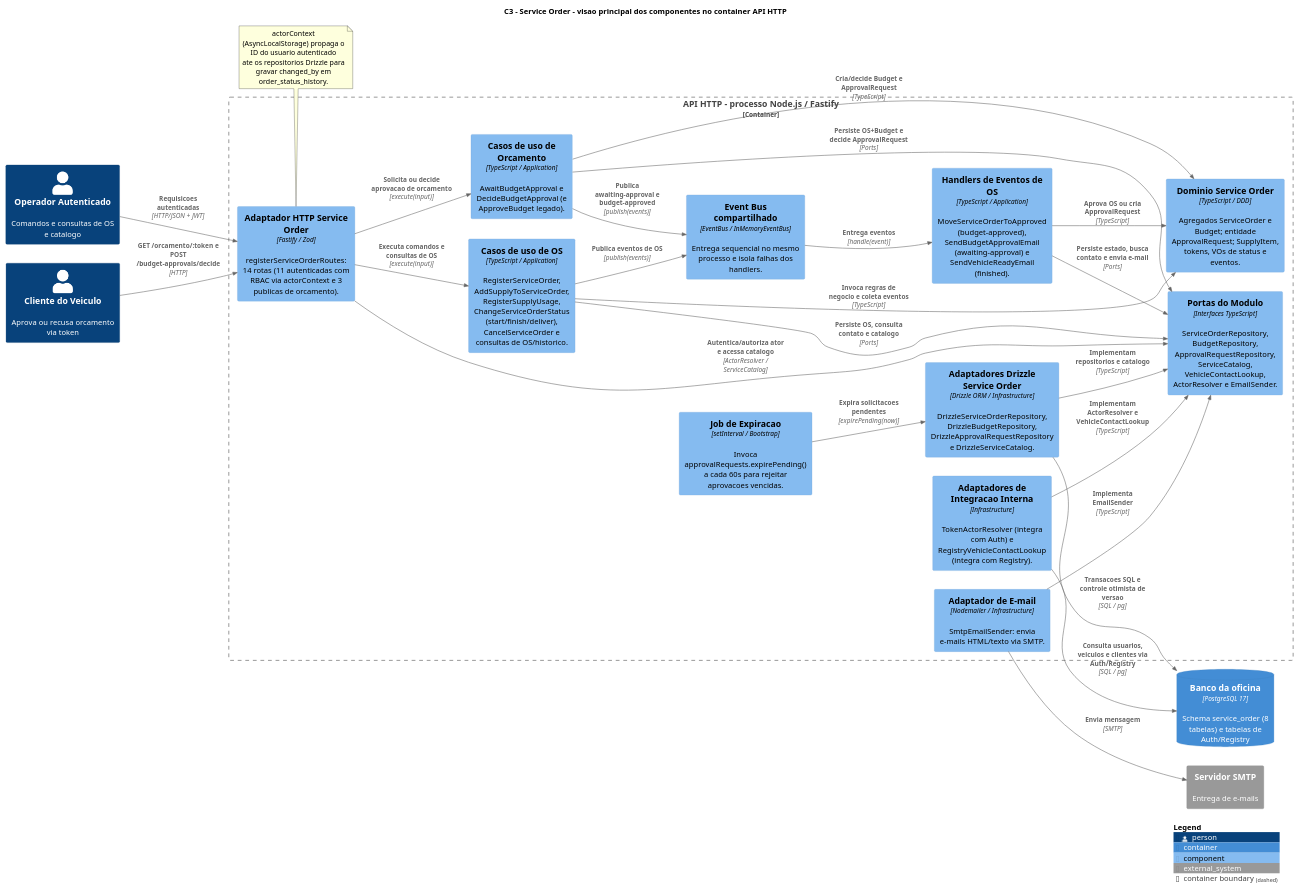
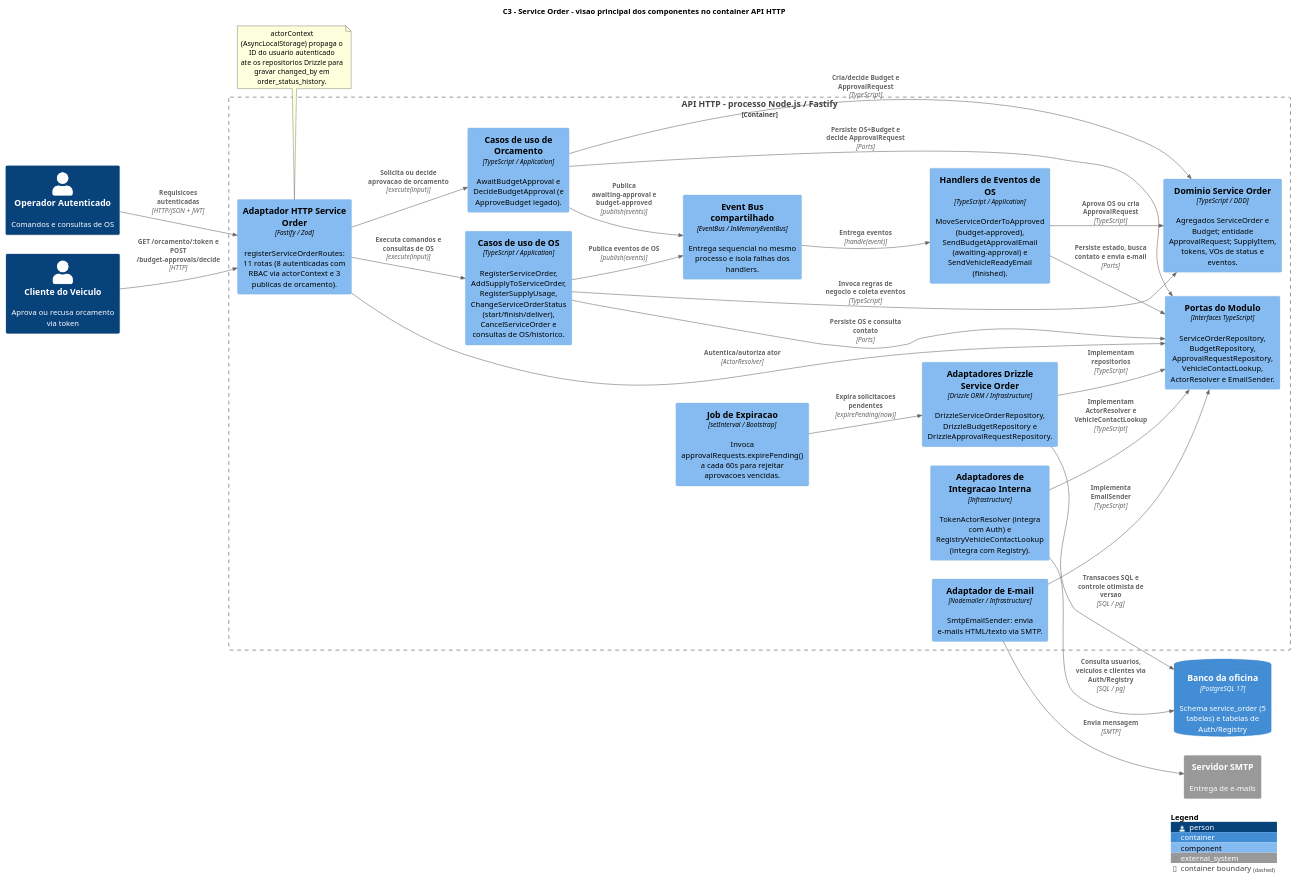
Before and after one commit to 15soat-fiap-45/api.mecanica: the diagram in docs/plantuml/c4-service-order-components.puml, drawn with PlantUML. The commit also changed 26 other files, not shown here.

Commit message:
feat(service-order): remove service catalog and use manual order value and supplies

```diff
--- a/docs/plantuml/c4-service-order-components.puml
+++ b/docs/plantuml/c4-service-order-components.puml
@@ -1,53 +1,53 @@
 @startuml service_order_c3_components
 !include https://raw.githubusercontent.com/plantuml-stdlib/C4-PlantUML/master/C4_Component.puml
 title C3 - Service Order - visao principal dos componentes no container API HTTP
 LAYOUT_LEFT_RIGHT()
 
-Person(operator, "Operador Autenticado", "Comandos e consultas de OS e catalogo")
+Person(operator, "Operador Autenticado", "Comandos e consultas de OS")
 Person(customer, "Cliente do Veiculo", "Aprova ou recusa orcamento via token")
 
 Container_Boundary(api, "API HTTP - processo Node.js / Fastify") {
-  Component(http, "Adaptador HTTP Service Order", "Fastify / Zod", "registerServiceOrderRoutes: 14 rotas (11 autenticadas com RBAC via actorContext e 3 publicas de orcamento).")
+  Component(http, "Adaptador HTTP Service Order", "Fastify / Zod", "registerServiceOrderRoutes: 11 rotas (8 autenticadas com RBAC via actorContext e 3 publicas de orcamento).")
   Component(orders, "Casos de uso de OS", "TypeScript / Application", "RegisterServiceOrder, AddSupplyToServiceOrder, RegisterSupplyUsage, ChangeServiceOrderStatus (start/finish/deliver), CancelServiceOrder e consultas de OS/historico.")
   Component(budget_uc, "Casos de uso de Orcamento", "TypeScript / Application", "AwaitBudgetApproval e DecideBudgetApproval (e ApproveBudget legado).")
   Component(domain, "Dominio Service Order", "TypeScript / DDD", "Agregados ServiceOrder e Budget; entidade ApprovalRequest; SupplyItem, tokens, VOs de status e eventos.")
-  Component(ports, "Portas do Modulo", "Interfaces TypeScript", "ServiceOrderRepository, BudgetRepository, ApprovalRequestRepository, ServiceCatalog, VehicleContactLookup, ActorResolver e EmailSender.")
-  Component(db_adapters, "Adaptadores Drizzle Service Order", "Drizzle ORM / Infrastructure", "DrizzleServiceOrderRepository, DrizzleBudgetRepository, DrizzleApprovalRequestRepository e DrizzleServiceCatalog.")
+  Component(ports, "Portas do Modulo", "Interfaces TypeScript", "ServiceOrderRepository, BudgetRepository, ApprovalRequestRepository, VehicleContactLookup, ActorResolver e EmailSender.")
+  Component(db_adapters, "Adaptadores Drizzle Service Order", "Drizzle ORM / Infrastructure", "DrizzleServiceOrderRepository, DrizzleBudgetRepository e DrizzleApprovalRequestRepository.")
   Component(cross_adapters, "Adaptadores de Integracao Interna", "Infrastructure", "TokenActorResolver (integra com Auth) e RegistryVehicleContactLookup (integra com Registry).")
   Component(email_adapter, "Adaptador de E-mail", "Nodemailer / Infrastructure", "SmtpEmailSender: envia e-mails HTML/texto via SMTP.")
   Component(bus, "Event Bus compartilhado", "EventBus / InMemoryEventBus", "Entrega sequencial no mesmo processo e isola falhas dos handlers.")
   Component(handlers, "Handlers de Eventos de OS", "TypeScript / Application", "MoveServiceOrderToApproved (budget-approved), SendBudgetApprovalEmail (awaiting-approval) e SendVehicleReadyEmail (finished).")
   Component(expiry_job, "Job de Expiracao", "setInterval / Bootstrap", "Invoca approvalRequests.expirePending() a cada 60s para rejeitar aprovacoes vencidas.")
 }
 
-ContainerDb(database, "Banco da oficina", "PostgreSQL 17", "Schema service_order (8 tabelas) e tabelas de Auth/Registry")
+ContainerDb(database, "Banco da oficina", "PostgreSQL 17", "Schema service_order (5 tabelas) e tabelas de Auth/Registry")
 System_Ext(smtp, "Servidor SMTP", "Entrega de e-mails")
 
 Rel(operator, http, "Requisicoes autenticadas", "HTTP/JSON + JWT")
 Rel(customer, http, "GET /orcamento/:token e POST /budget-approvals/decide", "HTTP")
-Rel(http, ports, "Autentica/autoriza ator e acessa catalogo", "ActorResolver / ServiceCatalog")
+Rel(http, ports, "Autentica/autoriza ator", "ActorResolver")
 Rel(http, orders, "Executa comandos e consultas de OS", "execute(input)")
 Rel(http, budget_uc, "Solicita ou decide aprovacao de orcamento", "execute(input)")
 Rel(orders, domain, "Invoca regras de negocio e coleta eventos", "TypeScript")
 Rel(budget_uc, domain, "Cria/decide Budget e ApprovalRequest", "TypeScript")
-Rel(orders, ports, "Persiste OS, consulta contato e catalogo", "Ports")
+Rel(orders, ports, "Persiste OS e consulta contato", "Ports")
 Rel(budget_uc, ports, "Persiste OS+Budget e decide ApprovalRequest", "Ports")
 Rel(orders, bus, "Publica eventos de OS", "publish(events)")
 Rel(budget_uc, bus, "Publica awaiting-approval e budget-approved", "publish(events)")
 Rel(bus, handlers, "Entrega eventos", "handle(event)")
 Rel(handlers, domain, "Aprova OS ou cria ApprovalRequest", "TypeScript")
 Rel(handlers, ports, "Persiste estado, busca contato e envia e-mail", "Ports")
 Rel(expiry_job, db_adapters, "Expira solicitacoes pendentes", "expirePending(now)")
-Rel(db_adapters, ports, "Implementam repositorios e catalogo", "TypeScript")
+Rel(db_adapters, ports, "Implementam repositorios", "TypeScript")
 Rel(cross_adapters, ports, "Implementam ActorResolver e VehicleContactLookup", "TypeScript")
 Rel(email_adapter, ports, "Implementa EmailSender", "TypeScript")
 Rel(db_adapters, database, "Transacoes SQL e controle otimista de versao", "SQL / pg")
 Rel(cross_adapters, database, "Consulta usuarios, veiculos e clientes via Auth/Registry", "SQL / pg")
 Rel(email_adapter, smtp, "Envia mensagem", "SMTP")
 
 note bottom of http
   actorContext (AsyncLocalStorage) propaga o ID do usuario autenticado
   ate os repositorios Drizzle para gravar changed_by em order_status_history.
 end note
 SHOW_LEGEND()
 @enduml
```
